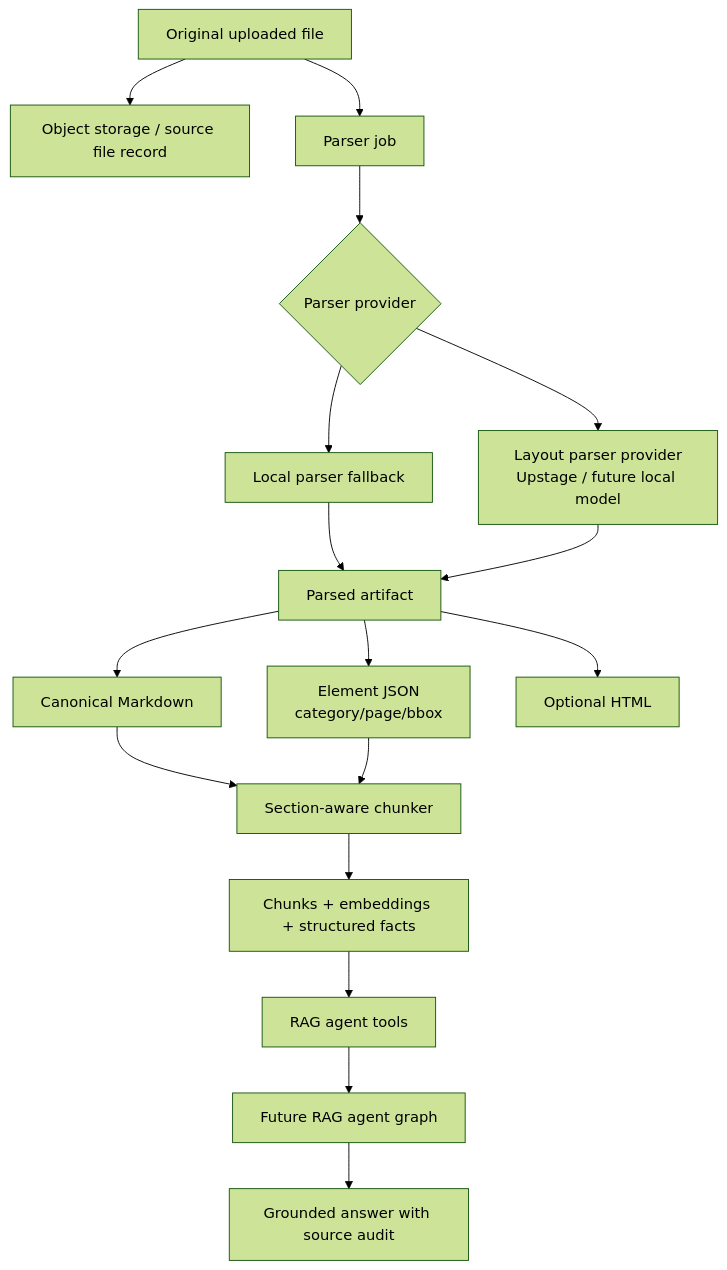
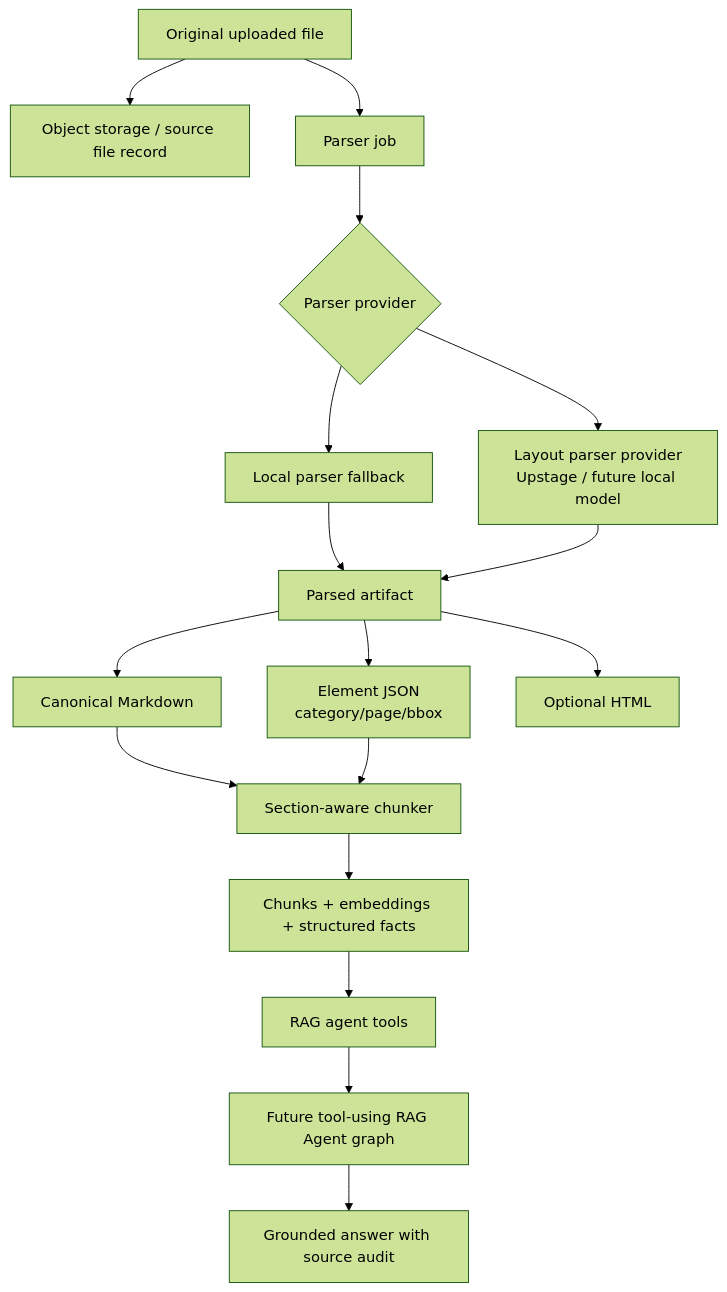
The second of 3 diagrams in docs/idea/layout-aware-ingestion-rag-agent.md (heecheon92/my-agents), drawn with Mermaid (forest theme) before and after one commit. The commit also changed other lines of this file and 25 other files, not shown here.

````diff
--- a/docs/idea/layout-aware-ingestion-rag-agent.md
+++ b/docs/idea/layout-aware-ingestion-rag-agent.md
@@ -61,19 +63,19 @@
 ```mermaid
 flowchart TD
     RawFile["Original uploaded file"] --> StoreRaw["Object storage / source file record"]
     RawFile --> ParseJob["Parser job"]
     ParseJob --> Provider{Parser provider}
     Provider --> Local["Local parser fallback"]
     Provider --> LayoutAPI["Layout parser provider\nUpstage / future local model"]
     Local --> Artifact["Parsed artifact"]
     LayoutAPI --> Artifact
     Artifact --> Markdown["Canonical Markdown"]
     Artifact --> LayoutJSON["Element JSON\ncategory/page/bbox"]
     Artifact --> HTML["Optional HTML"]
     Markdown --> SectionChunker["Section-aware chunker"]
     LayoutJSON --> SectionChunker
     SectionChunker --> RetrievalStore["Chunks + embeddings + structured facts"]
     RetrievalStore --> Tools["RAG agent tools"]
-    Tools --> AgentGraph["Future RAG agent graph"]
+    Tools --> AgentGraph["Future tool-using RAG Agent graph"]
     AgentGraph --> Response["Grounded answer with source audit"]
 ```
````
